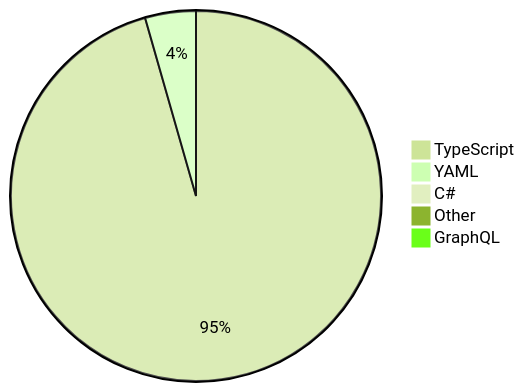
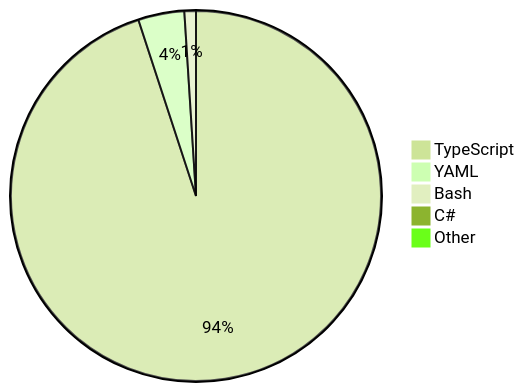
Before and after one commit to skvggor/skvggor: the diagram in README.md, drawn with Mermaid (forest theme).

Commit message:
Updated waka-readme graph with new metrics

````diff
--- a/README.md
+++ b/README.md
@@ -16,8 +16,8 @@
 ```mermaid
 pie
-    "TypeScript" : 94.9
-    "YAML" : 4.4
+    "TypeScript" : 94.4
+    "YAML" : 4.0
+    "Bash" : 1.0
     "C#" : 0.5
     "Other" : 0.1
-    "GraphQL" : 0.0
 ```
````
